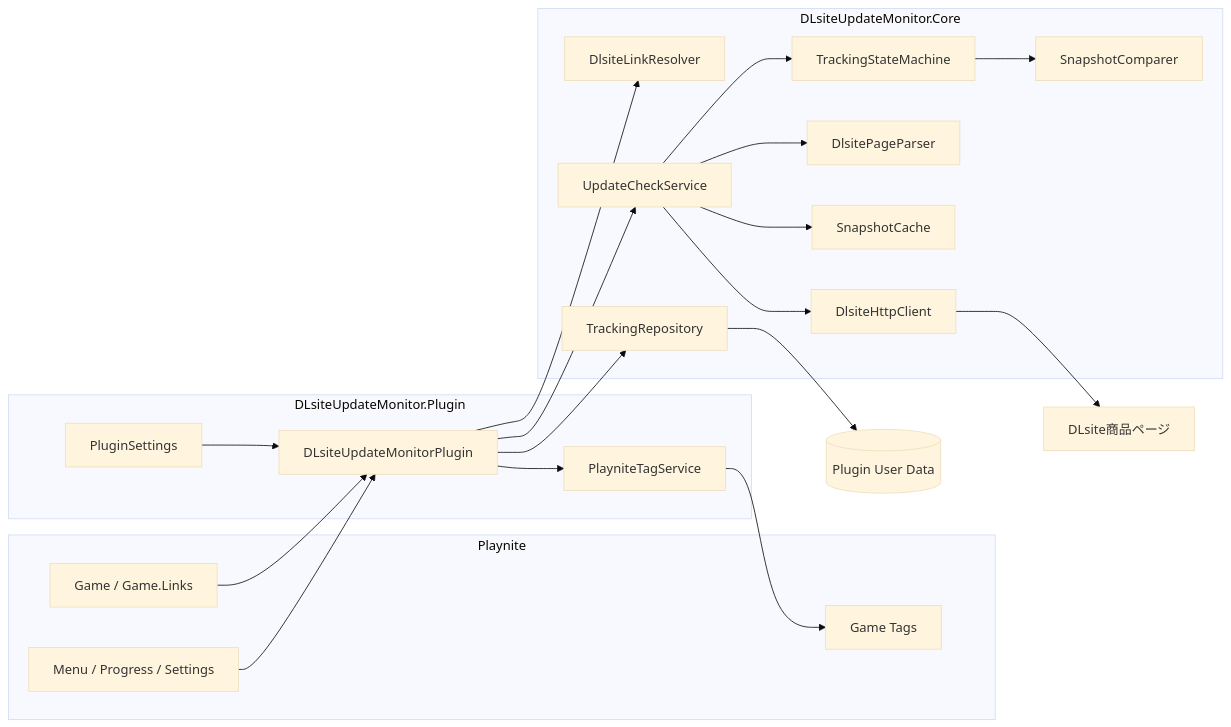
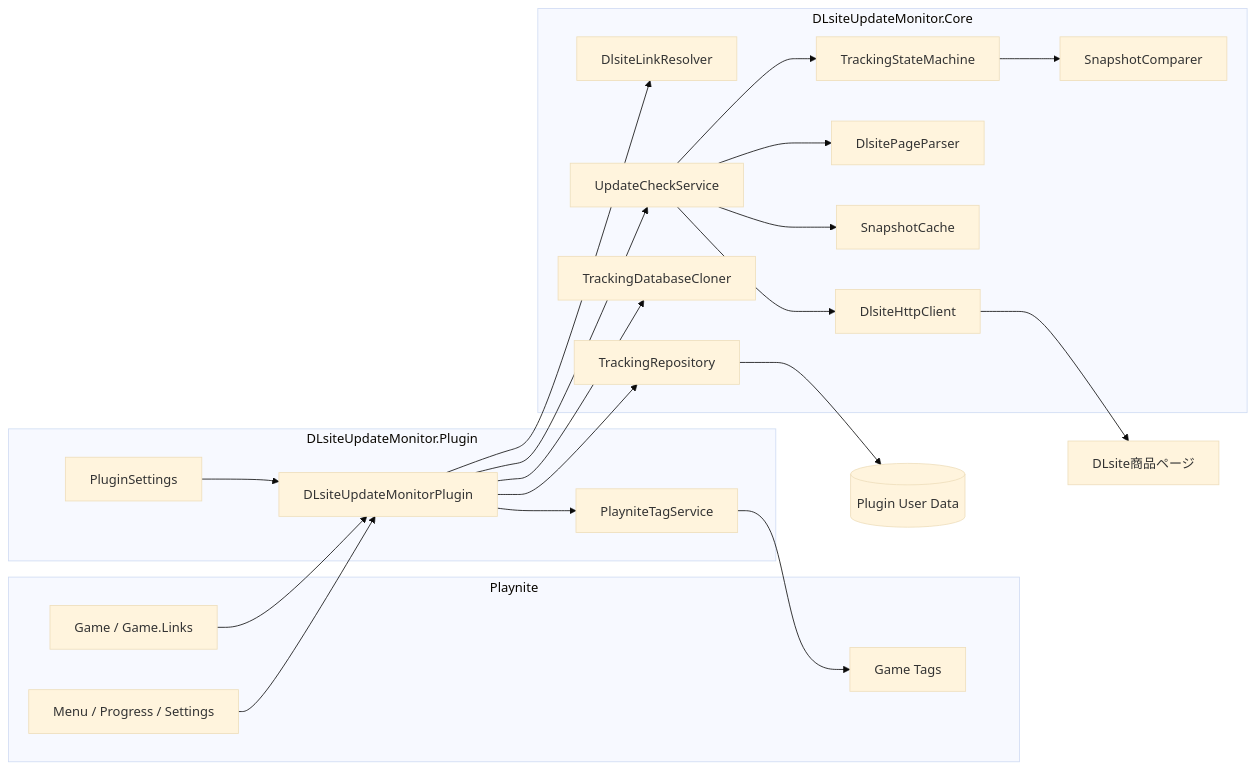
One commit to Hoyomaru/DLsite-Update-Monitor changed the diagram in docs/ARCHITECTURE.md. Above: the diagram before and after it, drawn with Mermaid (base theme). The commit also changed other lines of this file, not shown here.

Commit message:
docs: sync architecture with hardened candidate

````diff
--- a/docs/ARCHITECTURE.md
+++ b/docs/ARCHITECTURE.md
@@ -11,44 +9,46 @@
 ```mermaid
 flowchart LR
     subgraph Playnite[Playnite]
         Game[Game / Game.Links]
         Menu[Menu / Progress / Settings]
         Tags[Game Tags]
     end
 
     subgraph Plugin[DLsiteUpdateMonitor.Plugin]
         Orchestrator[DLsiteUpdateMonitorPlugin]
         Settings[PluginSettings]
         TagService[PlayniteTagService]
     end
 
     subgraph Core[DLsiteUpdateMonitor.Core]
         Resolver[DlsiteLinkResolver]
         Check[UpdateCheckService]
         Http[DlsiteHttpClient]
         Parser[DlsitePageParser]
         Cache[SnapshotCache]
         Compare[SnapshotComparer]
         State[TrackingStateMachine]
+        Clone[TrackingDatabaseCloner]
         Repo[TrackingRepository]
     end
 
     DLsite[DLsite商品ページ]
     Disk[(Plugin User Data)]
 
     Game --> Orchestrator
     Menu --> Orchestrator
     Orchestrator --> Resolver
     Orchestrator --> Check
     Check --> Cache
     Check --> Http
     Http --> DLsite
     Check --> Parser
     Check --> State
     State --> Compare
+    Orchestrator --> Clone
     Orchestrator --> Repo
     Repo --> Disk
     Orchestrator --> TagService
     TagService --> Tags
     Settings --> Orchestrator
 ```
````
